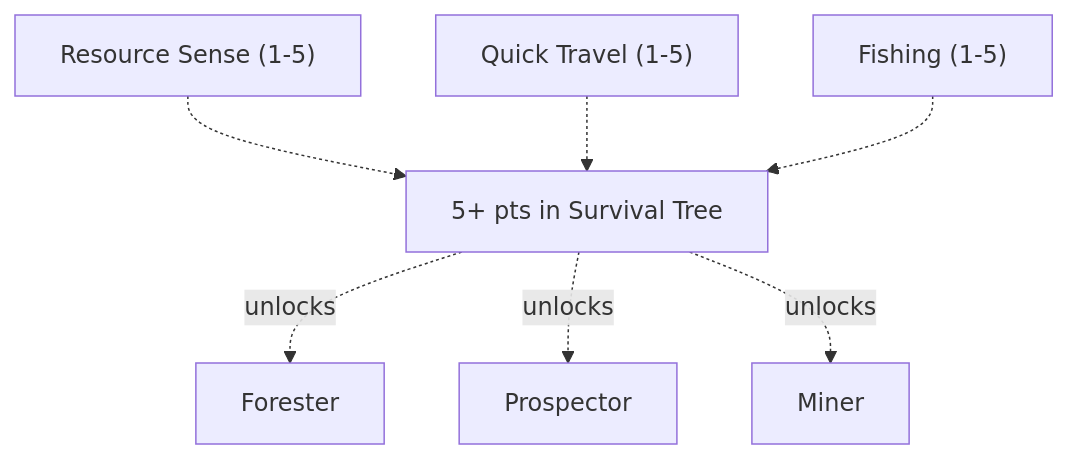
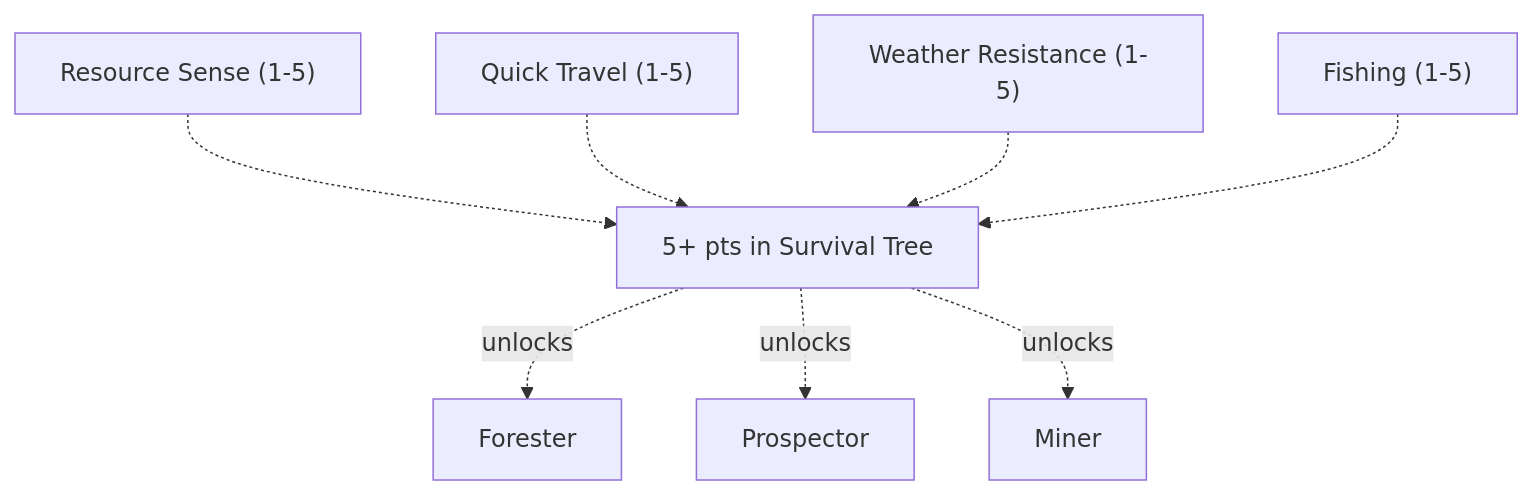
One commit to tfelix/bestia-docs changed the sixth of 16 diagrams in content/docs/mechanics/master.md. Above: the diagram before and after it, drawn with Mermaid. The commit also changed other lines of this file, not shown here.

First line of the commit message:
Restore Weather Resistance and settle the Survival trunk

````diff
--- a/content/docs/mechanics/master.md
+++ b/content/docs/mechanics/master.md
@@ -733,17 +733,19 @@
 ```mermaid
 graph TD
     ResourceSense["Resource Sense (1-5)"]
     QuickTravel["Quick Travel (1-5)"]
+    WeatherResistance["Weather Resistance (1-5)"]
     Fishing["Fishing (1-5)"]
     Gate["5+ pts in Survival Tree"]
     Forester["Forester"]
     Prospector["Prospector"]
     Miner["Miner"]
 
     ResourceSense -.-> Gate
     QuickTravel -.-> Gate
+    WeatherResistance -.-> Gate
     Fishing -.-> Gate
     Gate -.->|unlocks| Forester
     Gate -.->|unlocks| Prospector
     Gate -.->|unlocks| Miner
 ```
````
